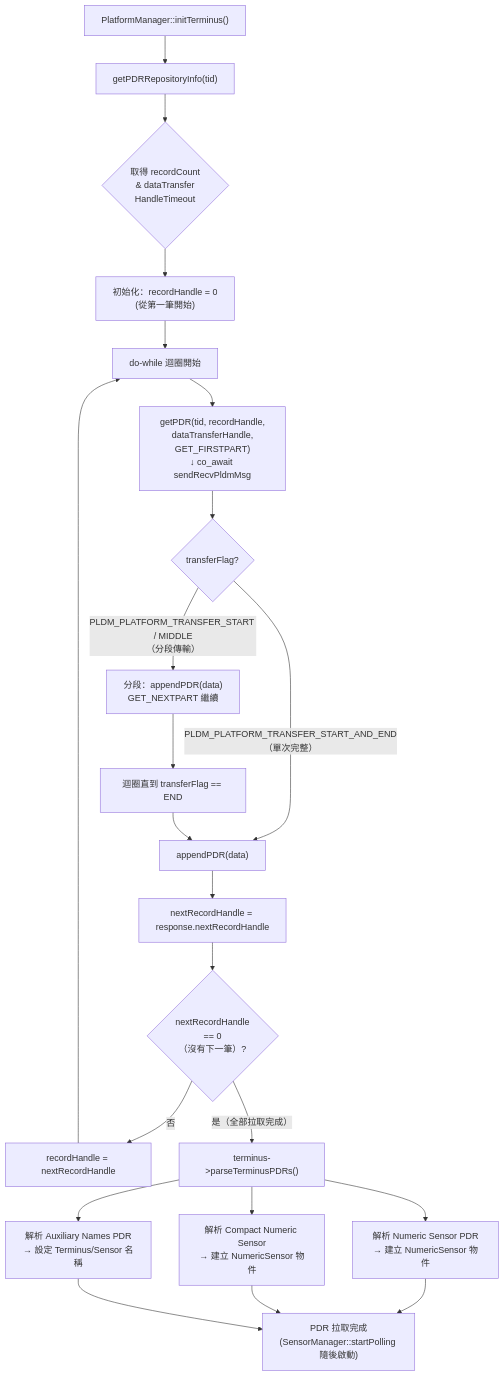
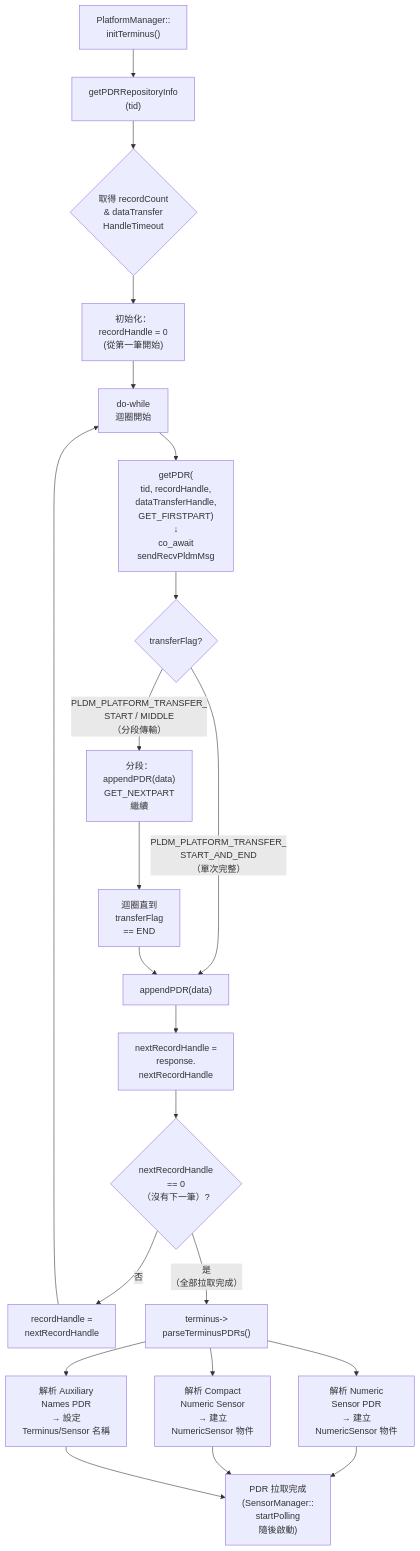
The second of 2 diagrams in pldm/PDRImplementation.md (chilung-cgu/bmc-firmware-knowledge-base), drawn with Mermaid before and after one commit.

Commit message:
docs(pldm): 進一步縮短 Mermaid 節點內容避免預覽截斷
針對 PDRImplementation.md 中的流程圖，進一步將長字串使用 `<br/>` 切割成更短的片段。這是為了解決 VS Code 預覽器在渲染較寬的 Mermaid 節點（尤其是菱形判斷節點）時，仍會因為可用寬度不足導致邊緣文字被截斷的問題。

````diff
--- a/pldm/PDRImplementation.md
+++ b/pldm/PDRImplementation.md
@@ -125,26 +125,26 @@
 ```mermaid
 flowchart TD
-    A["PlatformManager::initTerminus()"] --> B["getPDRRepositoryInfo(tid)"]
-    B --> C{"取得 recordCount<br>& dataTransfer<br>HandleTimeout"}
-    C --> D["初始化：recordHandle = 0<br>(從第一筆開始)"]
-    D --> E["do-while 迴圈開始"]
+    A["PlatformManager::<br/>initTerminus()"] --> B["getPDRRepositoryInfo<br/>(tid)"]
+    B --> C{"取得 recordCount<br/>& dataTransfer<br/>HandleTimeout"}
+    C --> D["初始化：<br/>recordHandle = 0<br/>(從第一筆開始)"]
+    D --> E["do-while<br/>迴圈開始"]
 
-    E --> F["getPDR(tid, recordHandle,<br> dataTransferHandle, GET_FIRSTPART)<br>↓ co_await sendRecvPldmMsg"]
+    E --> F["getPDR(<br/>tid, recordHandle,<br/>dataTransferHandle,<br/>GET_FIRSTPART)<br/>↓<br/>co_await<br/>sendRecvPldmMsg"]
     F --> G{"transferFlag?"}
 
-    G -->|"PLDM_PLATFORM_TRANSFER_START_AND_END<br>（單次完整）"| H["appendPDR(data)"]
-    G -->|"PLDM_PLATFORM_TRANSFER_START / MIDDLE<br>（分段傳輸）"| I["分段：appendPDR(data)<br>GET_NEXTPART 繼續"]
-    I --> J["迴圈直到 transferFlag == END"]
+    G -->|"PLDM_PLATFORM_TRANSFER_<br/>START_AND_END<br/>（單次完整）"| H["appendPDR(data)"]
+    G -->|"PLDM_PLATFORM_TRANSFER_<br/>START / MIDDLE<br/>（分段傳輸）"| I["分段：<br/>appendPDR(data)<br/>GET_NEXTPART<br/>繼續"]
+    I --> J["迴圈直到<br/>transferFlag<br/>== END"]
     J --> H
 
-    H --> K["nextRecordHandle = response.nextRecordHandle"]
-    K --> L{"nextRecordHandle<br>== 0<br>（沒有下一筆）?"}
-    L -->|"否"| M["recordHandle = nextRecordHandle"]
+    H --> K["nextRecordHandle =<br/>response.<br/>nextRecordHandle"]
+    K --> L{"nextRecordHandle<br/>== 0<br/>（沒有下一筆）?"}
+    L -->|"否"| M["recordHandle =<br/>nextRecordHandle"]
     M --> E
-    L -->|"是（全部拉取完成）"| N["terminus->parseTerminusPDRs()"]
+    L -->|"是<br/>（全部拉取完成）"| N["terminus-><br/>parseTerminusPDRs()"]
 
-    N --> N1["解析 Numeric Sensor PDR<br>→ 建立 NumericSensor 物件"]
-    N --> N2["解析 Compact Numeric Sensor<br>→ 建立 NumericSensor 物件"]
-    N --> N3["解析 Auxiliary Names PDR<br>→ 設定 Terminus/Sensor 名稱"]
-    N1 & N2 & N3 --> O["PDR 拉取完成<br>(SensorManager::startPolling 隨後啟動)"]
+    N --> N1["解析 Numeric<br/>Sensor PDR<br/>→ 建立<br/>NumericSensor 物件"]
+    N --> N2["解析 Compact<br/>Numeric Sensor<br/>→ 建立<br/>NumericSensor 物件"]
+    N --> N3["解析 Auxiliary<br/>Names PDR<br/>→ 設定<br/>Terminus/Sensor 名稱"]
+    N1 & N2 & N3 --> O["PDR 拉取完成<br/>(SensorManager::<br/>startPolling<br/>隨後啟動)"]
 ```
````
